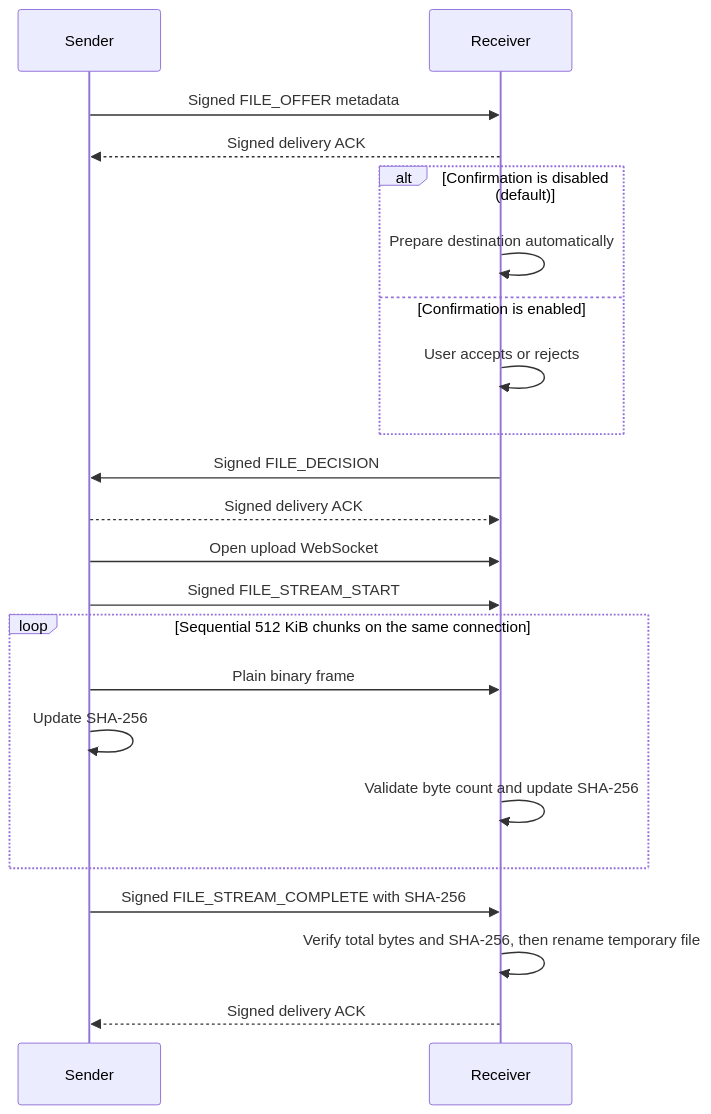
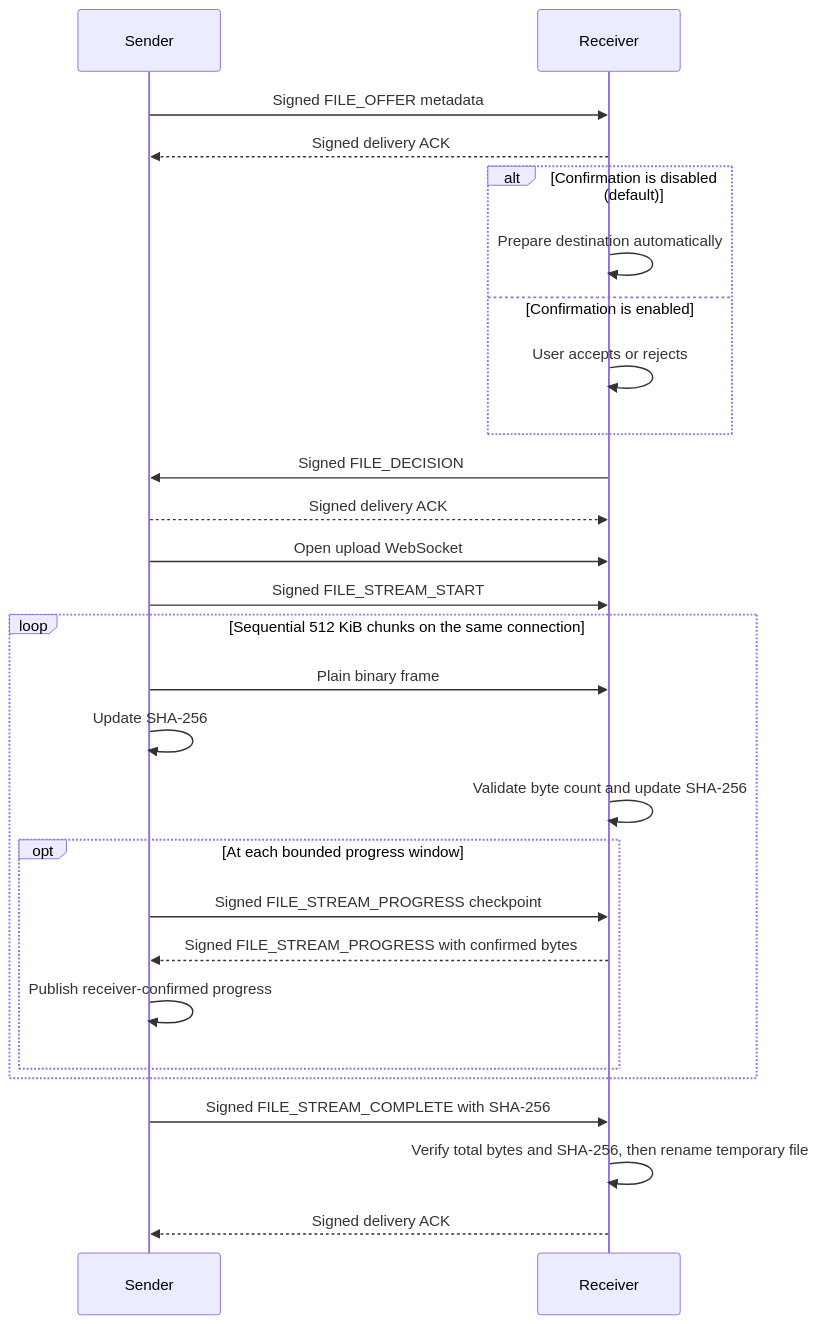
One commit to x2ink/subnetdrop changed the diagram in docs/spec/file-transfer-v1.md. Above: the diagram before and after it, drawn with Mermaid. The commit also changed other lines of this file and 19 other files, not shown here.

````diff
--- a/docs/spec/file-transfer-v1.md
+++ b/docs/spec/file-transfer-v1.md
@@ -58,24 +58,29 @@
 ```mermaid
 sequenceDiagram
     participant S as Sender
     participant R as Receiver
     S->>R: Signed FILE_OFFER metadata
     R-->>S: Signed delivery ACK
     alt Confirmation is disabled (default)
         R->>R: Prepare destination automatically
     else Confirmation is enabled
         R->>R: User accepts or rejects
     end
     R->>S: Signed FILE_DECISION
     S-->>R: Signed delivery ACK
     S->>R: Open upload WebSocket
     S->>R: Signed FILE_STREAM_START
     loop Sequential 512 KiB chunks on the same connection
         S->>R: Plain binary frame
         S->>S: Update SHA-256
         R->>R: Validate byte count and update SHA-256
+        opt At each bounded progress window
+            S->>R: Signed FILE_STREAM_PROGRESS checkpoint
+            R-->>S: Signed FILE_STREAM_PROGRESS with confirmed bytes
+            S->>S: Publish receiver-confirmed progress
+        end
     end
     S->>R: Signed FILE_STREAM_COMPLETE with SHA-256
     R->>R: Verify total bytes and SHA-256, then rename temporary file
     R-->>S: Signed delivery ACK
 ```
````
